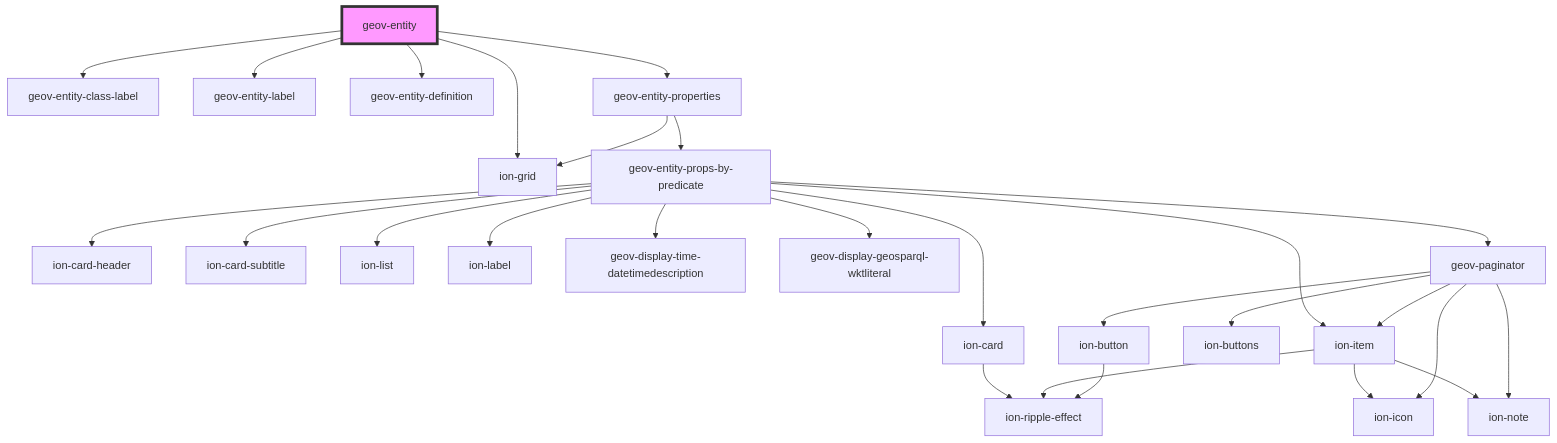
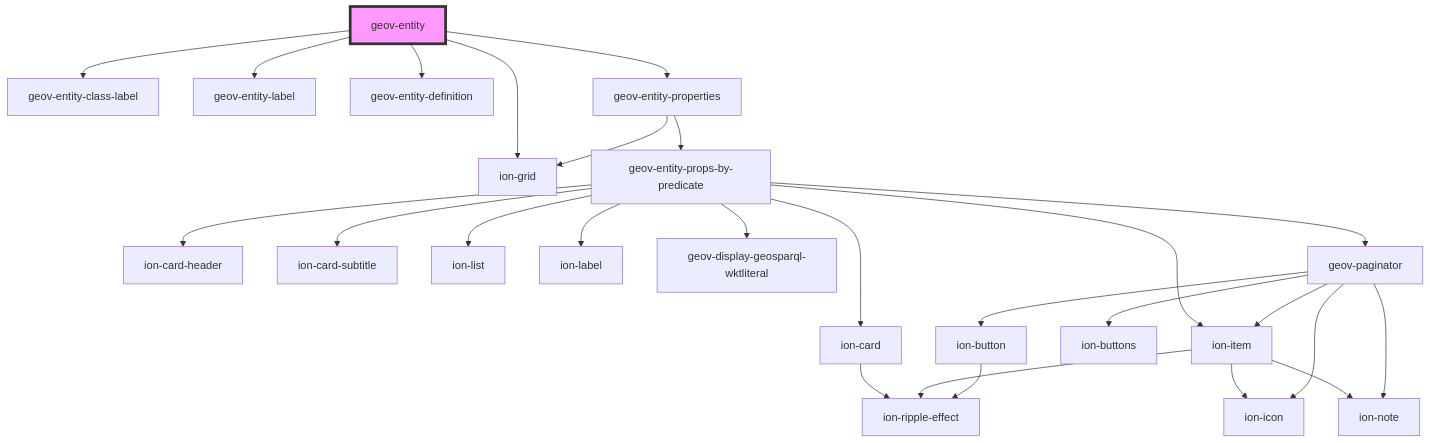
The diagram in packages/design-system-web/src/components/geov-entity/readme.md (geovistory/design-system), drawn with Mermaid before and after one commit. The commit also changed 6 other files, not shown here.

````diff
--- a/packages/design-system-web/src/components/geov-entity/readme.md
+++ b/packages/design-system-web/src/components/geov-entity/readme.md
@@ -32,30 +32,29 @@
 ```mermaid
 graph TD;
   geov-entity --> ion-grid
   geov-entity --> geov-entity-class-label
   geov-entity --> geov-entity-label
   geov-entity --> geov-entity-definition
   geov-entity --> geov-entity-properties
   geov-entity-properties --> ion-grid
   geov-entity-properties --> geov-entity-props-by-predicate
   geov-entity-props-by-predicate --> ion-card
   geov-entity-props-by-predicate --> ion-card-header
   geov-entity-props-by-predicate --> ion-card-subtitle
   geov-entity-props-by-predicate --> ion-list
   geov-entity-props-by-predicate --> ion-item
   geov-entity-props-by-predicate --> ion-label
-  geov-entity-props-by-predicate --> geov-display-time-datetimedescription
   geov-entity-props-by-predicate --> geov-display-geosparql-wktliteral
   geov-entity-props-by-predicate --> geov-paginator
   ion-card --> ion-ripple-effect
   ion-item --> ion-icon
   ion-item --> ion-ripple-effect
   ion-item --> ion-note
   geov-paginator --> ion-item
   geov-paginator --> ion-note
   geov-paginator --> ion-buttons
   geov-paginator --> ion-button
   geov-paginator --> ion-icon
   ion-button --> ion-ripple-effect
   style geov-entity fill:#f9f,stroke:#333,stroke-width:4px
 ```
````
